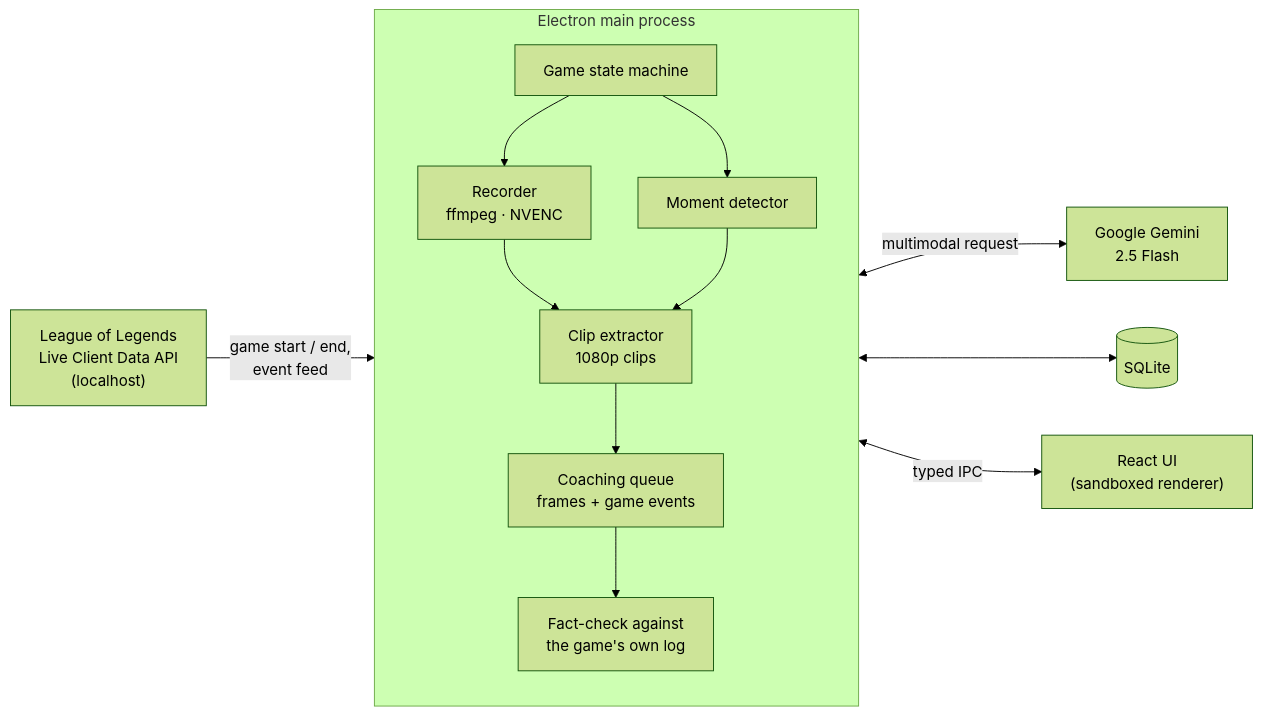
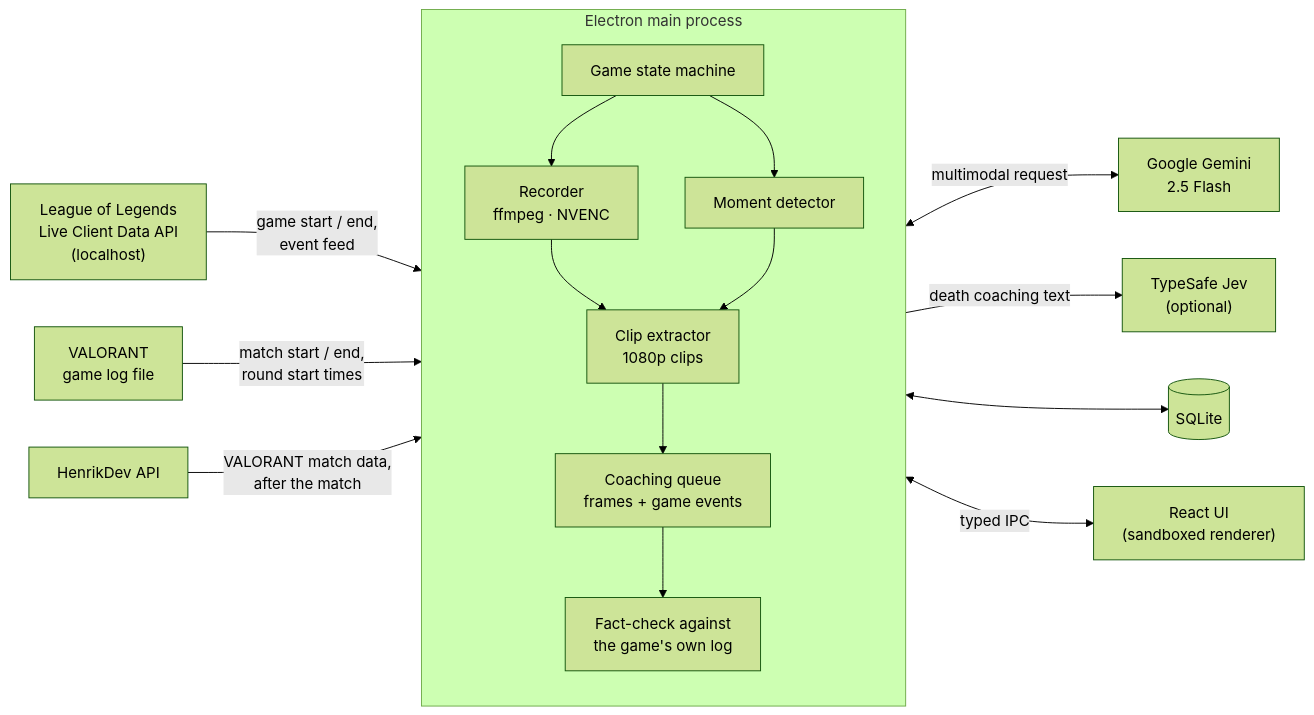
The diagram in README.md (ofriv/sensei.gg-releases), drawn with Mermaid (forest theme) before and after one commit. The commit also changed other lines of this file, not shown here.

First line of the commit message:
docs: present sensei.gg as a general AI gaming coach, add VALORANT

````diff
--- a/README.md
+++ b/README.md
@@ -81,16 +97,19 @@
 ```mermaid
 flowchart LR
     LoL["League of Legends<br/>Live Client Data API<br/>(localhost)"] -->|game start / end,<br/>event feed| Main
+    Val["VALORANT<br/>game log file"] -->|match start / end,<br/>round start times| Main
+    Henrik["HenrikDev API"] -->|VALORANT match data,<br/>after the match| Main
     subgraph Main["Electron main process"]
         direction TB
         FSM["Game state machine"] --> Rec["Recorder<br/>ffmpeg · NVENC"]
         FSM --> Det["Moment detector"]
         Rec --> Clip["Clip extractor<br/>1080p clips"]
         Det --> Clip
         Clip --> Coach["Coaching queue<br/>frames + game events"]
         Coach --> Check["Fact-check against<br/>the game's own log"]
     end
     Coach <-->|multimodal request| Gemini["Google Gemini<br/>2.5 Flash"]
+    Coach -->|death coaching text| Jev["TypeSafe Jev<br/>(optional)"]
     Main <--> DB[("SQLite")]
     Main <-->|typed IPC| UI["React UI<br/>(sandboxed renderer)"]
 ```
````
